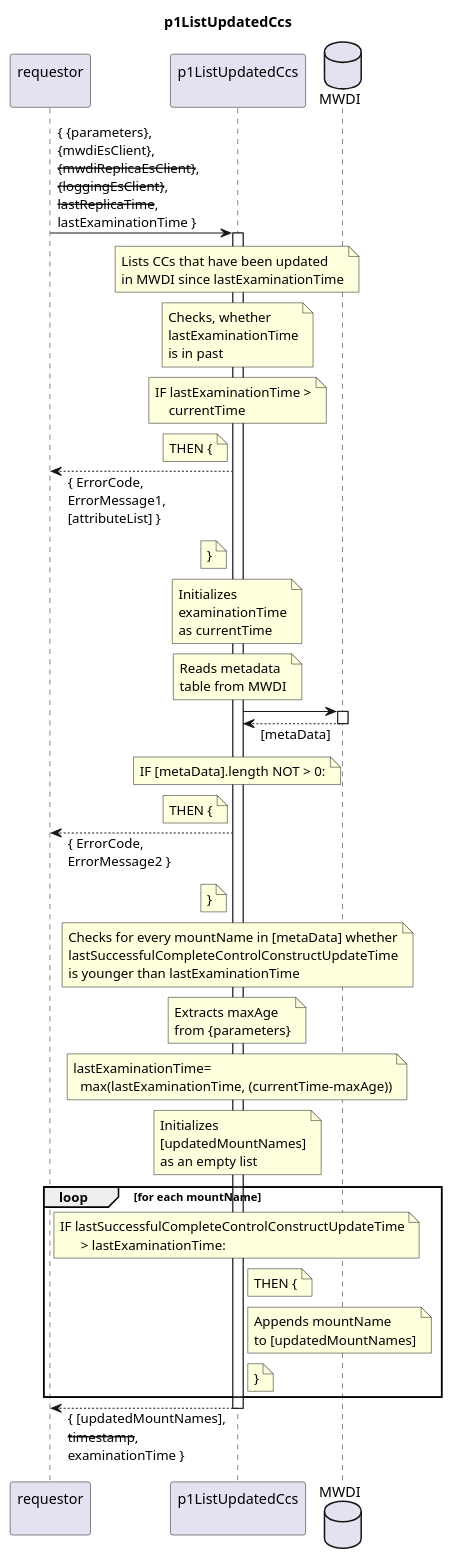
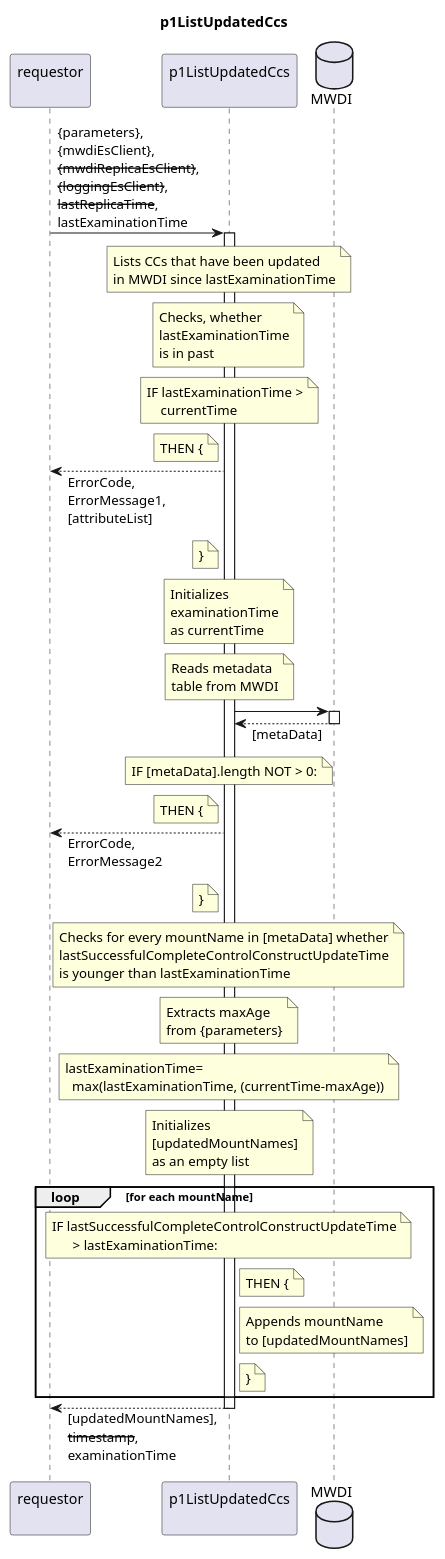
One commit to openBackhaul/FirmWareManager changed the diagram in spec/Functions/Measurement/p1ListUpdatedCcs/1.0.0/p1ListUpdatedCcs.plantuml. Above: the diagram before and after it, drawn with PlantUML. The commit also changed 105 other files, not shown here.

```diff
--- a/spec/Functions/Measurement/p1ListUpdatedCcs/1.0.0/p1ListUpdatedCcs.plantuml
+++ b/spec/Functions/Measurement/p1ListUpdatedCcs/1.0.0/p1ListUpdatedCcs.plantuml
@@ -1,101 +1,101 @@
 @startuml p1ListUpdatedCcs
 skinparam responseMessageBelowArrow true
 
 title
   p1ListUpdatedCcs
 end title
 
 participant "requestor\n" as requestor
 participant "p1ListUpdatedCcs\n" as indServ
 
 database "MWDI" as Mwdi
 
-requestor -> indServ: { {parameters},\n{mwdiEsClient},\n--{mwdiReplicaEsClient}--,\n--{loggingEsClient}--,\n--lastReplicaTime--,\nlastExaminationTime }
+requestor -> indServ: {parameters},\n{mwdiEsClient},\n--{mwdiReplicaEsClient}--,\n--{loggingEsClient}--,\n--lastReplicaTime--,\nlastExaminationTime
 activate indServ
 
   note over indServ
     Lists CCs that have been updated
     in MWDI since lastExaminationTime
   end note
 
   note over indServ
     Checks, whether
     lastExaminationTime
     is in past
   end note
   note over indServ
     IF lastExaminationTime >
         currentTime
   end note
   note left indServ
     THEN {
   end note
-  requestor <-- indServ: { ErrorCode,\nErrorMessage1,\n[attributeList] }
+  requestor <-- indServ: ErrorCode,\nErrorMessage1,\n[attributeList]
   note left indServ
     }
   end note
 
   note over indServ
     Initializes
     examinationTime
     as currentTime
   end note
   note over indServ
     Reads metadata
     table from MWDI
   end note
   indServ -> Mwdi
   activate Mwdi
   indServ <-- Mwdi: [metaData]
   deactivate Mwdi
   note over indServ
     IF [metaData].length NOT > 0:
   end note
   note left indServ
     THEN {
   end note
-  requestor <-- indServ: { ErrorCode,\nErrorMessage2 }
+  requestor <-- indServ: ErrorCode,\nErrorMessage2
   note left indServ
     }
   end note
 
   note over indServ
     Checks for every mountName in [metaData] whether
     lastSuccessfulCompleteControlConstructUpdateTime
     is younger than lastExaminationTime
   end note
   note over indServ
     Extracts maxAge
     from {parameters}
   end note
   note over indServ
     lastExaminationTime=
       max(lastExaminationTime, (currentTime-maxAge))
   end note
   note over indServ
     Initializes
     [updatedMountNames]
     as an empty list
   end note
   loop for each mountName
     note over indServ
       IF lastSuccessfulCompleteControlConstructUpdateTime
             > lastExaminationTime:
     end note
     note right indServ
       THEN {
     end note
     note right indServ
       Appends mountName
       to [updatedMountNames]
     end note
     note right indServ
       }
     end note
   end loop
 
 
-requestor <-- indServ: { [updatedMountNames],\n--timestamp--,\nexaminationTime }
+requestor <-- indServ: [updatedMountNames],\n--timestamp--,\nexaminationTime
 deactivate indServ
 
 @enduml
```
